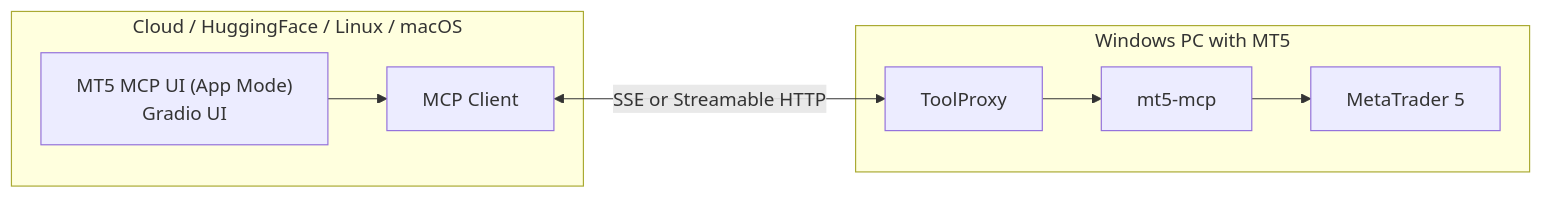
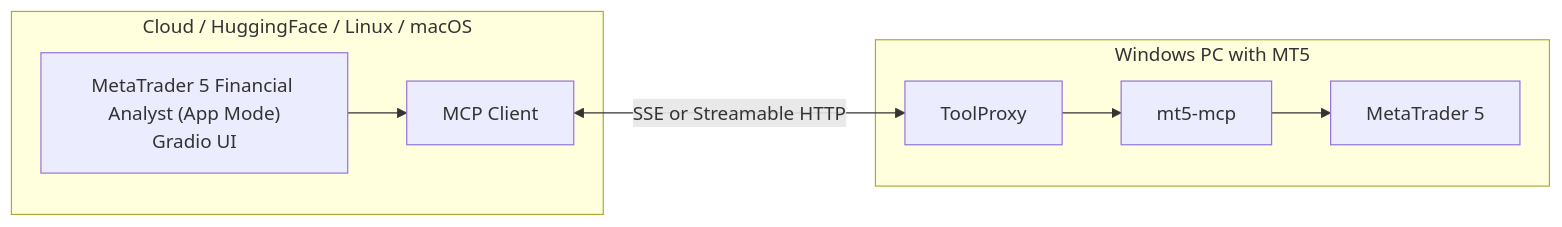
One commit to Cloudmeru/Metatrader-5-MCP-UI changed the first of 5 diagrams in docs/ARCHITECTURE.md. Above: the diagram before and after it, drawn with Mermaid. The commit also changed other lines of this file and 8 other files, not shown here.

````diff
--- a/docs/ARCHITECTURE.md
+++ b/docs/ARCHITECTURE.md
@@ -54,13 +54,13 @@
 ```mermaid
 flowchart LR
   subgraph cloud["Cloud / HuggingFace / Linux / macOS"]
-    gradio_app["MT5 MCP UI (App Mode)<br/>Gradio UI"]
+    gradio_app["MetaTrader 5 Financial Analyst (App Mode)<br/>Gradio UI"]
     gradio_app --> mcp_client_app["MCP Client"]
   end
   subgraph windows_server["Windows PC with MT5"]
     toolproxy_server["ToolProxy"]
     toolproxy_server --> mt5mcp_server["mt5-mcp"]
     mt5mcp_server --> mt5_terminal_server["MetaTrader 5"]
   end
   mcp_client_app <-->|"SSE or Streamable HTTP"| toolproxy_server
 ```
````
